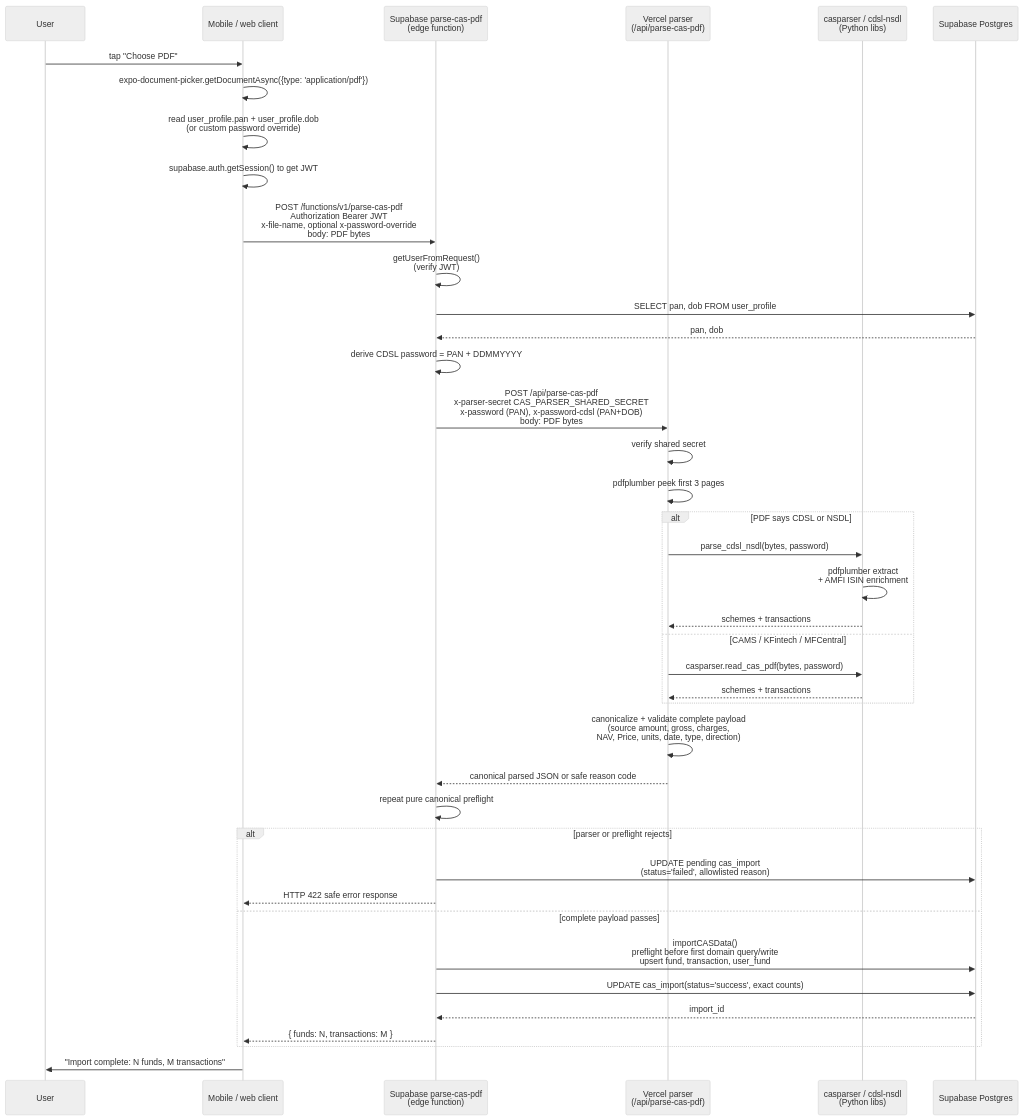
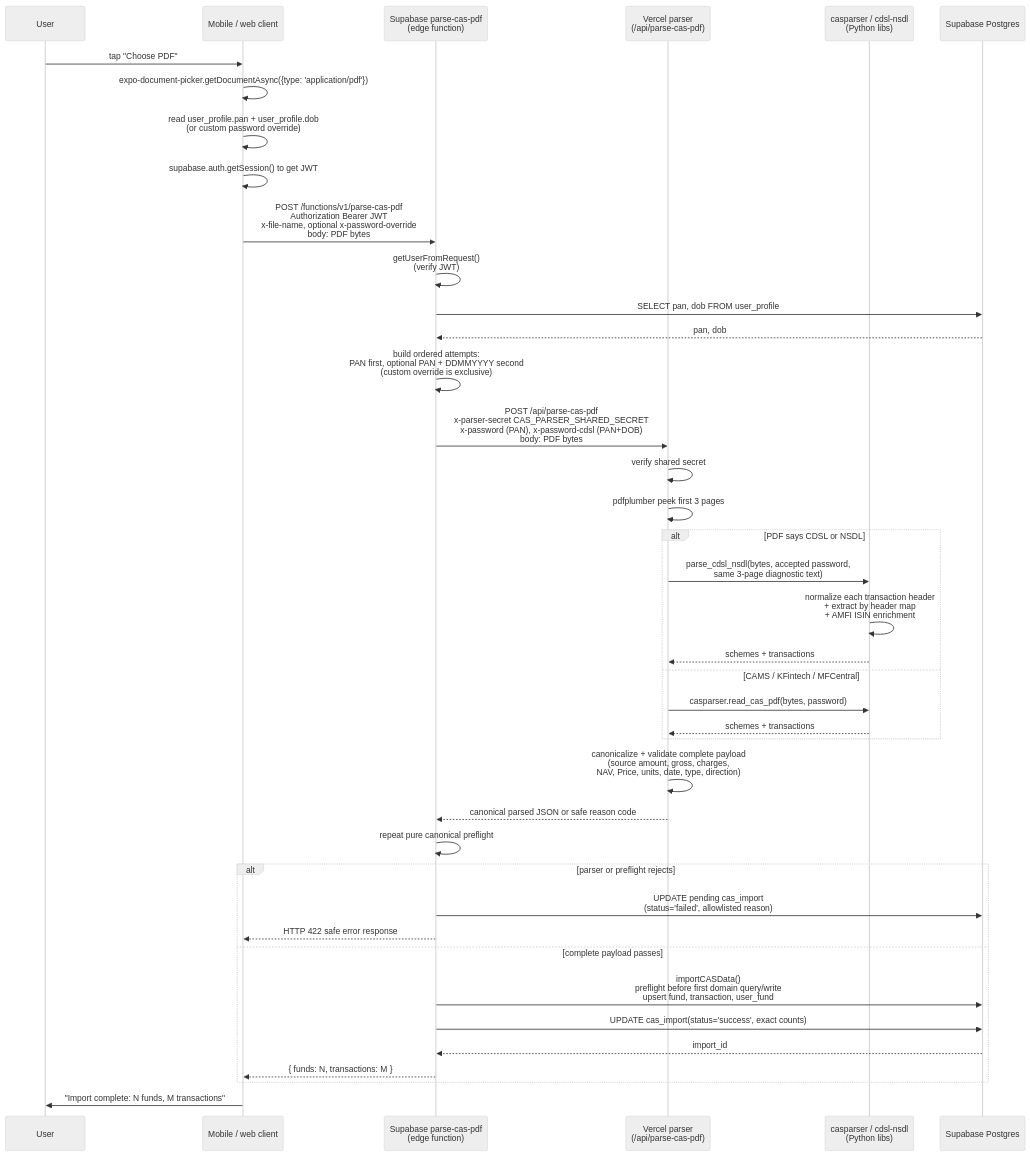
The second of 2 diagrams in docs/architecture/cas-upload-flow.md (himanshu4141/FolioLens), drawn with Mermaid (neutral theme) before and after one commit. The commit also changed other lines of this file and 21 other files, not shown here.

Commit message:
fix(cas): parse depository tables by header

````diff
--- a/docs/architecture/cas-upload-flow.md
+++ b/docs/architecture/cas-upload-flow.md
@@ -42,47 +42,47 @@
 ```mermaid
 sequenceDiagram
   participant U as User
   participant App as Mobile / web client
   participant SB as Supabase parse-cas-pdf<br/>(edge function)
   participant V as Vercel parser<br/>(/api/parse-cas-pdf)
   participant Lib as casparser / cdsl-nsdl<br/>(Python libs)
   participant DB as Supabase Postgres
 
   U->>App: tap "Choose PDF"
   App->>App: expo-document-picker.getDocumentAsync({type: 'application/pdf'})
   App->>App: read user_profile.pan + user_profile.dob<br/>(or custom password override)
   App->>App: supabase.auth.getSession() to get JWT
   App->>SB: POST /functions/v1/parse-cas-pdf<br/>Authorization Bearer JWT<br/>x-file-name, optional x-password-override<br/>body: PDF bytes
 
   SB->>SB: getUserFromRequest()<br/>(verify JWT)
   SB->>DB: SELECT pan, dob FROM user_profile
   DB-->>SB: pan, dob
-  SB->>SB: derive CDSL password = PAN + DDMMYYYY
+  SB->>SB: build ordered attempts:<br/>PAN first, optional PAN + DDMMYYYY second<br/>(custom override is exclusive)
   SB->>V: POST /api/parse-cas-pdf<br/>x-parser-secret CAS_PARSER_SHARED_SECRET<br/>x-password (PAN), x-password-cdsl (PAN+DOB)<br/>body: PDF bytes
 
   V->>V: verify shared secret
   V->>V: pdfplumber peek first 3 pages
   alt PDF says CDSL or NSDL
-    V->>Lib: parse_cdsl_nsdl(bytes, password)
-    Lib->>Lib: pdfplumber extract<br/>+ AMFI ISIN enrichment
+    V->>Lib: parse_cdsl_nsdl(bytes, accepted password,<br/>same 3-page diagnostic text)
+    Lib->>Lib: normalize each transaction header<br/>+ extract by header map<br/>+ AMFI ISIN enrichment
     Lib-->>V: schemes + transactions
   else CAMS / KFintech / MFCentral
     V->>Lib: casparser.read_cas_pdf(bytes, password)
     Lib-->>V: schemes + transactions
   end
   V->>V: canonicalize + validate complete payload<br/>(source amount, gross, charges,<br/>NAV, Price, units, date, type, direction)
   V-->>SB: canonical parsed JSON or safe reason code
 
   SB->>SB: repeat pure canonical preflight
   alt parser or preflight rejects
     SB->>DB: UPDATE pending cas_import<br/>(status='failed', allowlisted reason)
     SB-->>App: HTTP 422 safe error response
   else complete payload passes
     SB->>DB: importCASData()<br/>preflight before first domain query/write<br/>upsert fund, transaction, user_fund
     SB->>DB: UPDATE cas_import(status='success', exact counts)
     DB-->>SB: import_id
     SB-->>App: { funds: N, transactions: M }
   end
 
   App->>U: "Import complete: N funds, M transactions"
 ```
````
